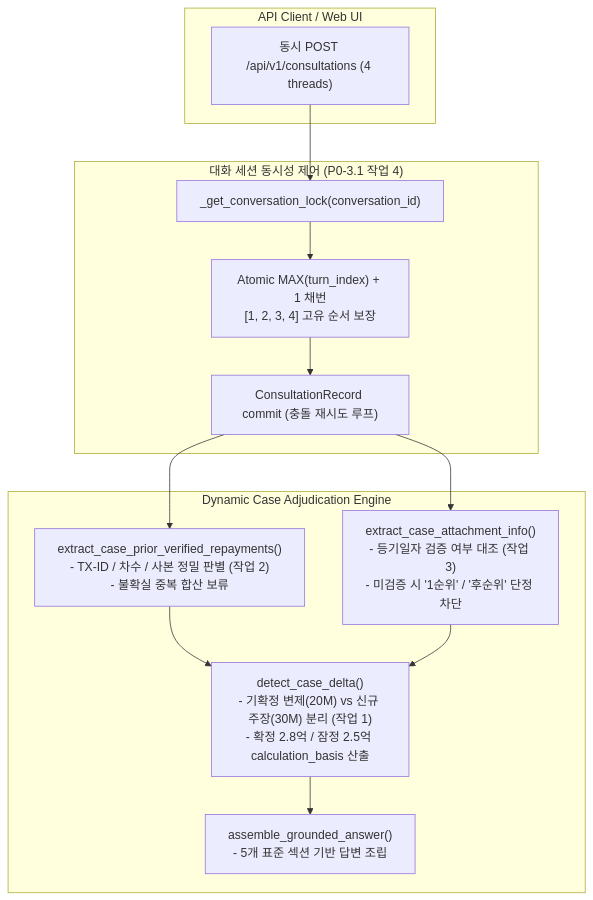
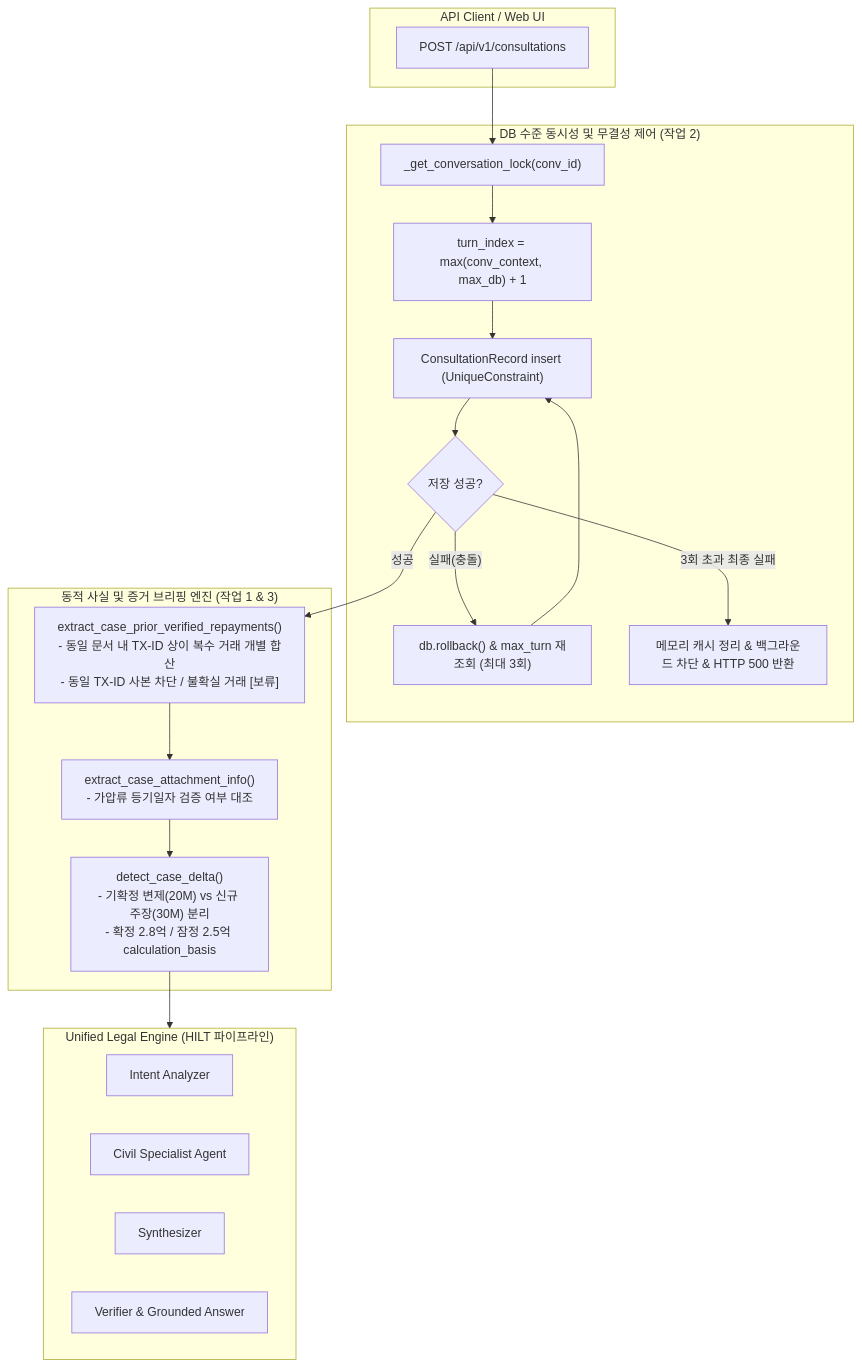
The diagram in docs/development/P0_3_1_DYNAMIC_CASE_INTEGRITY_REPORT.md (yjjungyo/ai-legal-helper), drawn with Mermaid before and after one commit. The commit also changed other lines of this file and 12 other files, not shown here.

````diff
--- a/docs/development/P0_3_1_DYNAMIC_CASE_INTEGRITY_REPORT.md
+++ b/docs/development/P0_3_1_DYNAMIC_CASE_INTEGRITY_REPORT.md
@@ -71,28 +67,40 @@
 ```mermaid
 flowchart TD
     subgraph Client["API Client / Web UI"]
-        POST_REQ["동시 POST /api/v1/consultations (4 threads)"]
+        POST_REQ["POST /api/v1/consultations"]
     end
 
-    subgraph LockManager["대화 세션 동시성 제어 (P0-3.1 작업 4)"]
-        MUTEX["_get_conversation_lock(conversation_id)"]
-        TURN_ALLOC["Atomic MAX(turn_index) + 1 채번\n[1, 2, 3, 4] 고유 순서 보장"]
-        DB_INIT["ConsultationRecord commit (충돌 재시도 루프)"]
+    subgraph IntegrityLayer["DB 수준 동시성 및 무결성 제어 (작업 2)"]
+        MUTEX["_get_conversation_lock(conv_id)"]
+        ALLOC["turn_index = max(conv_context, max_db) + 1"]
+        DB_TRY["ConsultationRecord insert (UniqueConstraint)"]
+        RETRY{"저장 성공?"}
+        ROLLBACK["db.rollback() & max_turn 재조회 (최대 3회)"]
+        ERR_500["메모리 캐시 정리 & 백그라운드 차단 & HTTP 500 반환"]
     end
 
-    subgraph DynamicEngine["Dynamic Case Adjudication Engine"]
-        EXT_REPAY["extract_case_prior_verified_repayments()\n- TX-ID / 차수 / 사본 정밀 판별 (작업 2)\n- 불확실 중복 합산 보류"]
-        EXT_ATT["extract_case_attachment_info()\n- 등기일자 검증 여부 대조 (작업 3)\n- 미검증 시 '1순위' / '후순위' 단정 차단"]
-        DELTA["detect_case_delta()\n- 기확정 변제(20M) vs 신규 주장(30M) 분리 (작업 1)\n- 확정 2.8억 / 잠정 2.5억 calculation_basis 산출"]
-        GROUNDED["assemble_grounded_answer()\n- 5개 표준 섹션 기반 답변 조립"]
+    subgraph DynamicEngine["동적 사실 및 증거 브리핑 엔진 (작업 1 & 3)"]
+        EXT_REPAY["extract_case_prior_verified_repayments()\n- 동일 문서 내 TX-ID 상이 복수 거래 개별 합산\n- 동일 TX-ID 사본 차단 / 불확실 거래 [보류]"]
+        EXT_ATT["extract_case_attachment_info()\n- 가압류 등기일자 검증 여부 대조"]
+        DELTA["detect_case_delta()\n- 기확정 변제(20M) vs 신규 주장(30M) 분리\n- 확정 2.8억 / 잠정 2.5억 calculation_basis"]
+    end
+
+    subgraph LangGraph["Unified Legal Engine (HILT 파이프라인)"]
+        INTENT["Intent Analyzer"]
+        AGENT["Civil Specialist Agent"]
+        SYNTH["Synthesizer"]
+        VERIFY["Verifier & Grounded Answer"]
     end
 
     POST_REQ --> MUTEX
-    MUTEX --> TURN_ALLOC
-    TURN_ALLOC --> DB_INIT
-    DB_INIT --> EXT_REPAY
-    DB_INIT --> EXT_ATT
-    EXT_REPAY --> DELTA
+    MUTEX --> ALLOC
+    ALLOC --> DB_TRY
+    DB_TRY --> RETRY
+    RETRY -- "실패(충돌)" --> ROLLBACK
+    ROLLBACK --> DB_TRY
+    RETRY -- "3회 초과 최종 실패" --> ERR_500
+    RETRY -- "성공" --> EXT_REPAY
+    EXT_REPAY --> EXT_ATT
     EXT_ATT --> DELTA
-    DELTA --> GROUNDED
+    DELTA --> LangGraph
 ```
````
